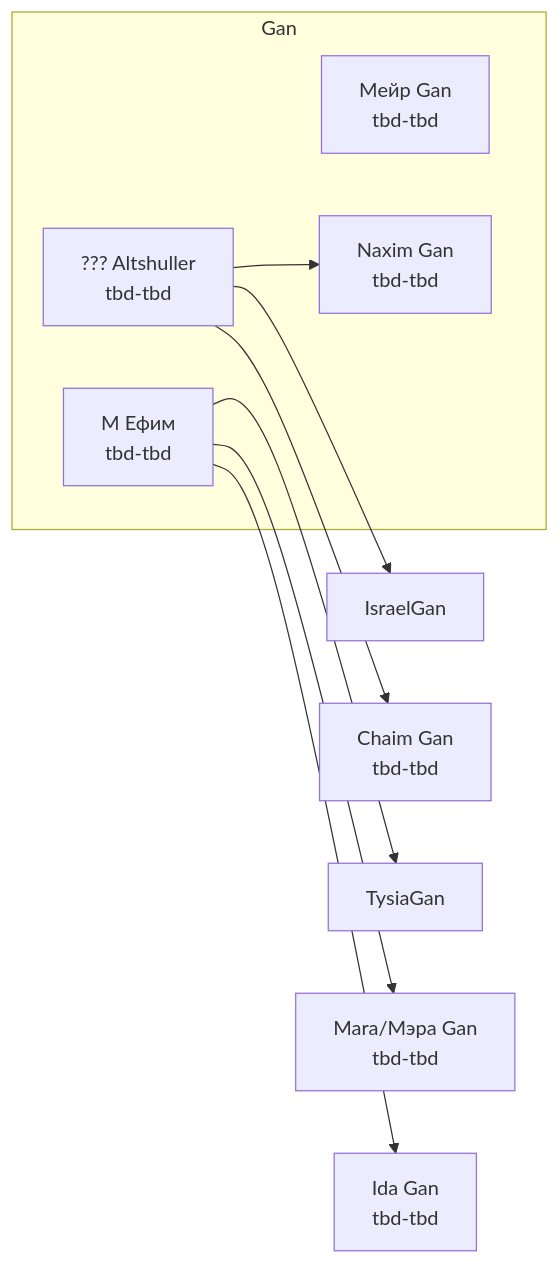
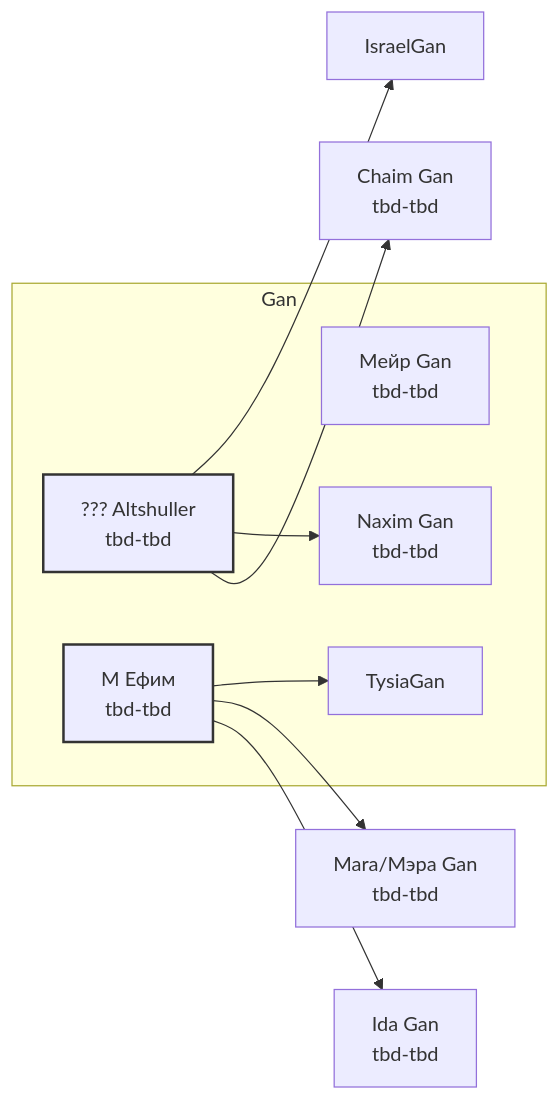
The diagram in core-bloombits-analysis.md (agiletechvn/go-ethereum-code-analysis), drawn with Mermaid before and after one commit.

Commit message:
update subgraph for core-bloombits

````diff
--- a/core-bloombits-analysis.md
+++ b/core-bloombits-analysis.md
@@ -97,19 +97,24 @@
 ```mermaid
 graph LR
 
 subgraph Gan
     IsraelsFatherGan[Mейр Gan <br>tbd-tbd]
     IsraelsFathersWife[??? Altshuller <br>tbd-tbd]
 end
 IsraelsFathersWife --> IsraelGan
 IsraelsFathersWife --> NaximGan[Naxim Gan<br>tbd-tbd]
 IsraelsFathersWife --> ChaimGan[Chaim Gan<br>tbd-tbd]
 
 subgraph Gan
     NaximGan[Naxim Gan<br>tbd-tbd]
     NaximGanWife[M Ефим<br>tbd-tbd]
+		TysiaGan
 end
 NaximGanWife --> TysiaGan
 NaximGanWife --> MaraGan[Mara/Мэра Gan<br>tbd-tbd]
 NaximGanWife --> IdaGan[Ida Gan<br>tbd-tbd]
+
+
+style NaximGanWife stroke: #333, stroke-width:2px;
+style IsraelsFathersWife stroke: #333, stroke-width:2px;
 ```
````
